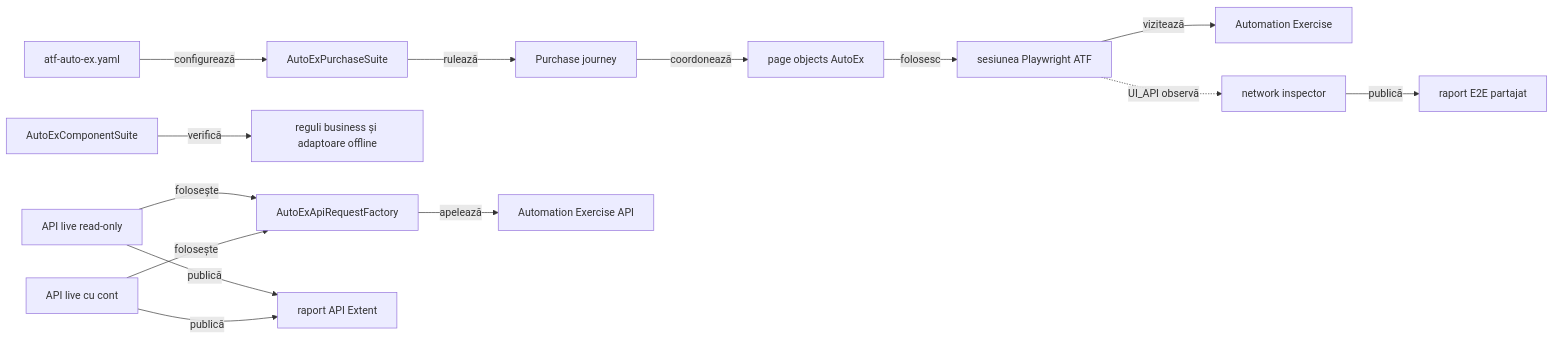
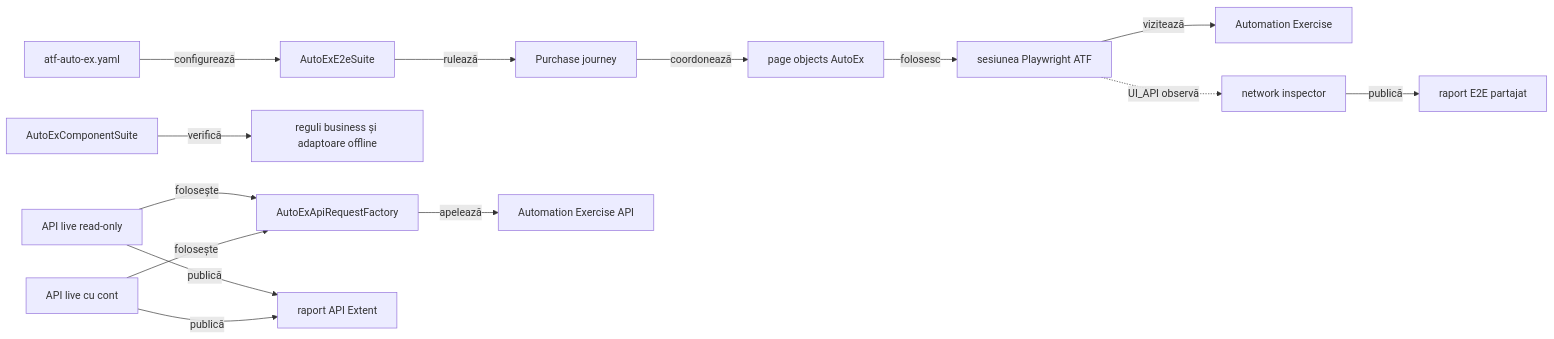
One commit to crististefanita/demo2 changed the first of 2 diagrams in atf-test-auto-ex/README.md. Above: the diagram before and after it, drawn with Mermaid. The commit also changed other lines of this file and 95 other files, not shown here.

````diff
--- a/atf-test-auto-ex/README.md
+++ b/atf-test-auto-ex/README.md
@@ -23,16 +23,16 @@
 ```mermaid
 flowchart LR
-    Config[atf-auto-ex.yaml] -->|configurează| Suite[AutoExPurchaseSuite]
+    Config[atf-auto-ex.yaml] -->|configurează| Suite[AutoExE2eSuite]
     Suite -->|rulează| Journey[Purchase journey]
     Journey -->|coordonează| Pages[page objects AutoEx]
     Pages -->|folosesc| Browser[sesiunea Playwright ATF]
     Browser -->|vizitează| Site[Automation Exercise]
     Browser -.->|UI_API observă| Inspector[network inspector]
     Inspector -->|publică| UiReport[raport E2E partajat]
     ComponentSuite[AutoExComponentSuite] -->|verifică| Fixtures[reguli business și adaptoare offline]
     ReadOnlySuite[API live read-only] -->|folosește| Requests[AutoExApiRequestFactory]
     MutatingSuite[API live cu cont] -->|folosește| Requests
     Requests -->|apelează| Api[Automation Exercise API]
     ReadOnlySuite -->|publică| ApiReport[raport API Extent]
     MutatingSuite -->|publică| ApiReport
 ```
````
